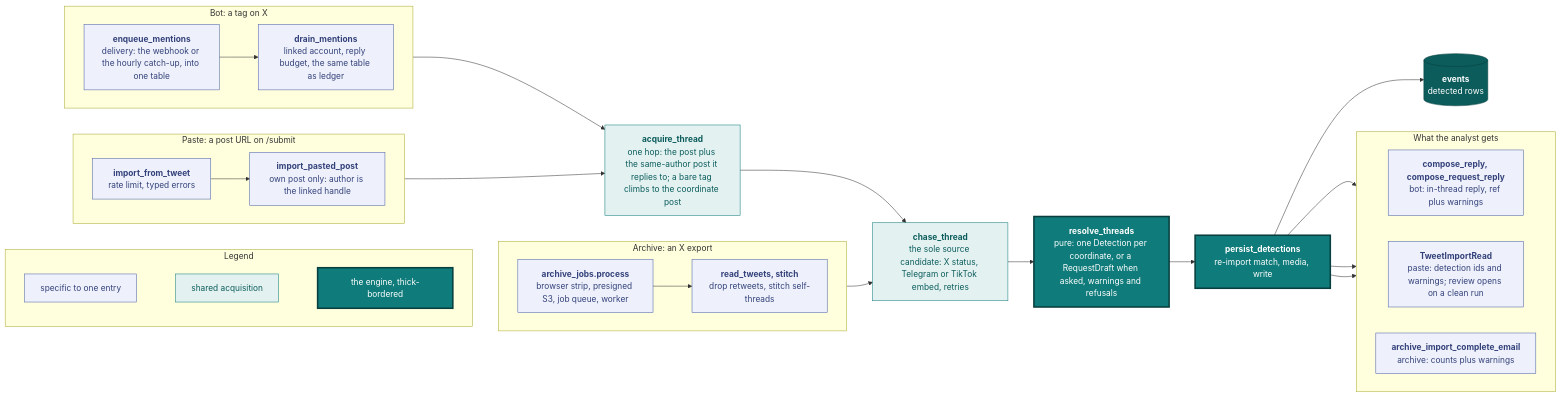
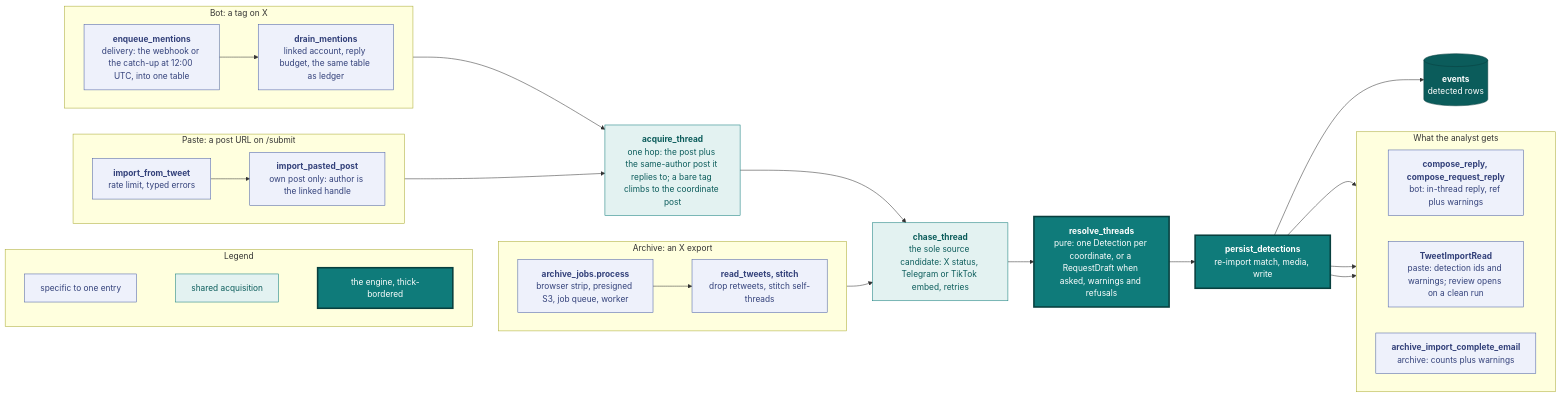
Before and after one commit to vidithq/vidit: the first of 6 diagrams in docs/ingestion.md, drawn with Mermaid. The commit also changed other lines of this file and 14 other files, not shown here.

````diff
--- a/docs/ingestion.md
+++ b/docs/ingestion.md
@@ -5,63 +5,63 @@
 ```mermaid
 flowchart LR
   classDef spec fill:#eef1fb,stroke:#4a5fa5,color:#33417a
   classDef shared fill:#e3f2f1,stroke:#0f7b7a,color:#0b5c5b
   classDef core fill:#0f7b7a,stroke:#083f3e,stroke-width:3px,color:#ffffff
   classDef store fill:#0b5c5b,stroke:#083f3e,color:#ffffff
 
   subgraph legend [Legend]
     direction LR
     l1["`specific to one entry`"]:::spec
     l2["`shared acquisition`"]:::shared
     l3["`the engine, thick-bordered`"]:::core
     l1 ~~~ l2 ~~~ l3
   end
 
   subgraph paste [Paste: a post URL on /submit]
     direction LR
     p1["`**import_from_tweet**
     rate limit, typed errors`"]:::spec --> p2["`**import_pasted_post**
     own post only: author is the linked handle`"]:::spec
   end
   subgraph bot [Bot: a tag on X]
     direction LR
     b1["`**enqueue_mentions**
-    delivery: the webhook or the hourly catch-up, into one table`"]:::spec --> b2["`**drain_mentions**
+    delivery: the webhook or the catch-up at 12:00 UTC, into one table`"]:::spec --> b2["`**drain_mentions**
     linked account, reply budget, the same table as ledger`"]:::spec
   end
   subgraph archive [Archive: an X export]
     direction LR
     a1["`**archive_jobs.process**
     browser strip, presigned S3, job queue, worker`"]:::spec --> a2["`**read_tweets, stitch**
     drop retweets, stitch self-threads`"]:::spec
   end
 
   hop["`**acquire_thread**
   one hop: the post plus the same-author post it replies to; a bare tag climbs to the coordinate post`"]:::shared
   chase["`**chase_thread**
   the sole source candidate: X status, Telegram or TikTok embed, retries`"]:::shared
   resolve["`**resolve_threads**
   pure: one Detection per coordinate, or a RequestDraft when asked, warnings and refusals`"]:::core
   persist["`**persist_detections**
   re-import match, media, write`"]:::core
   rows[("`**events**
   detected rows`")]:::store
 
   subgraph feedback [What the analyst gets]
     direction LR
     f1["`**compose_reply, compose_request_reply**
     bot: in-thread reply, ref plus warnings`"]:::spec
     f2["`**TweetImportRead**
     paste: detection ids and warnings; review opens on a clean run`"]:::spec
     f3["`**archive_import_complete_email**
     archive: counts plus warnings`"]:::spec
   end
 
   p2 --> hop
   b2 --> hop
   a2 --> chase
   hop --> chase --> resolve --> persist --> rows
   persist --> f1
   persist --> f2
   persist --> f3
 ```
````
